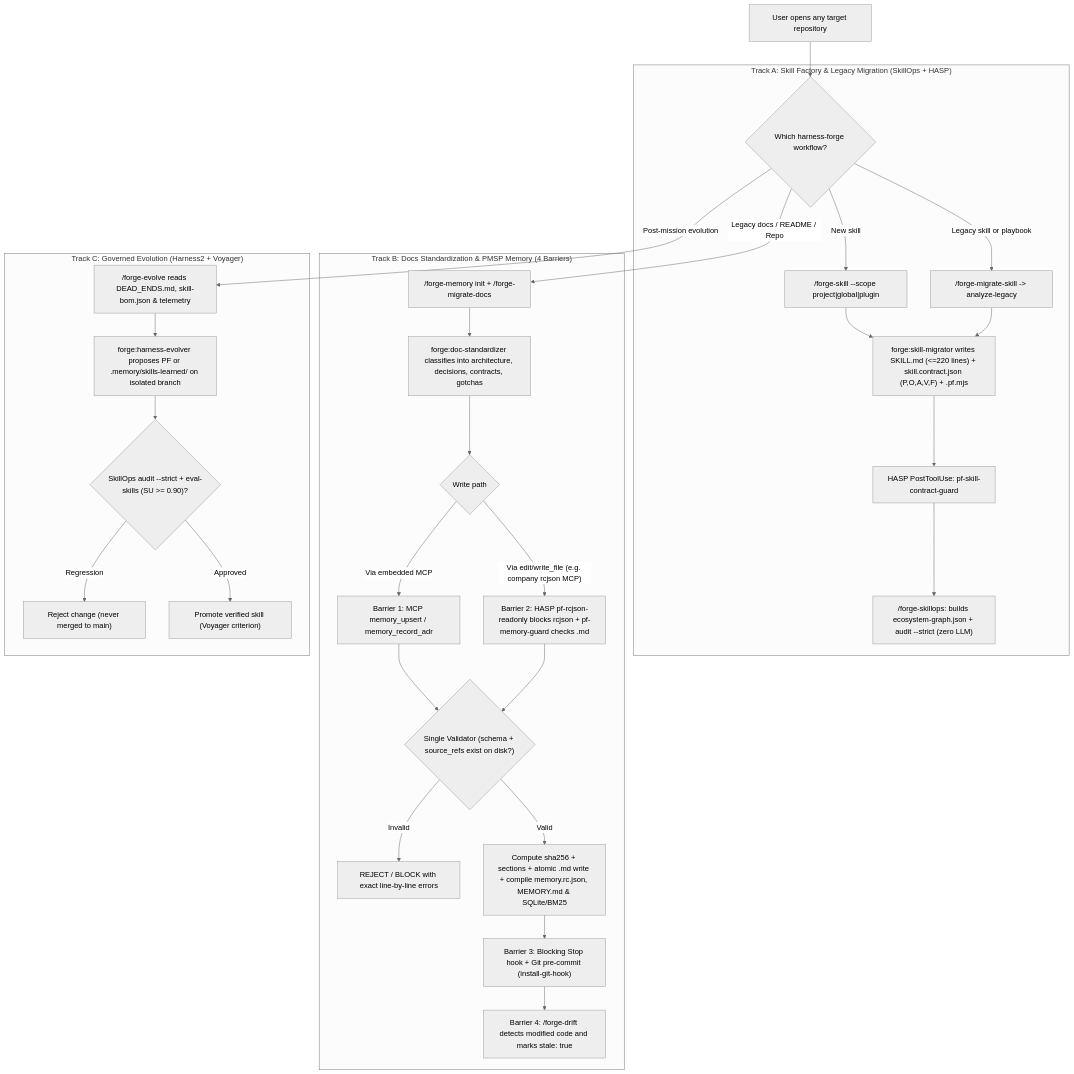
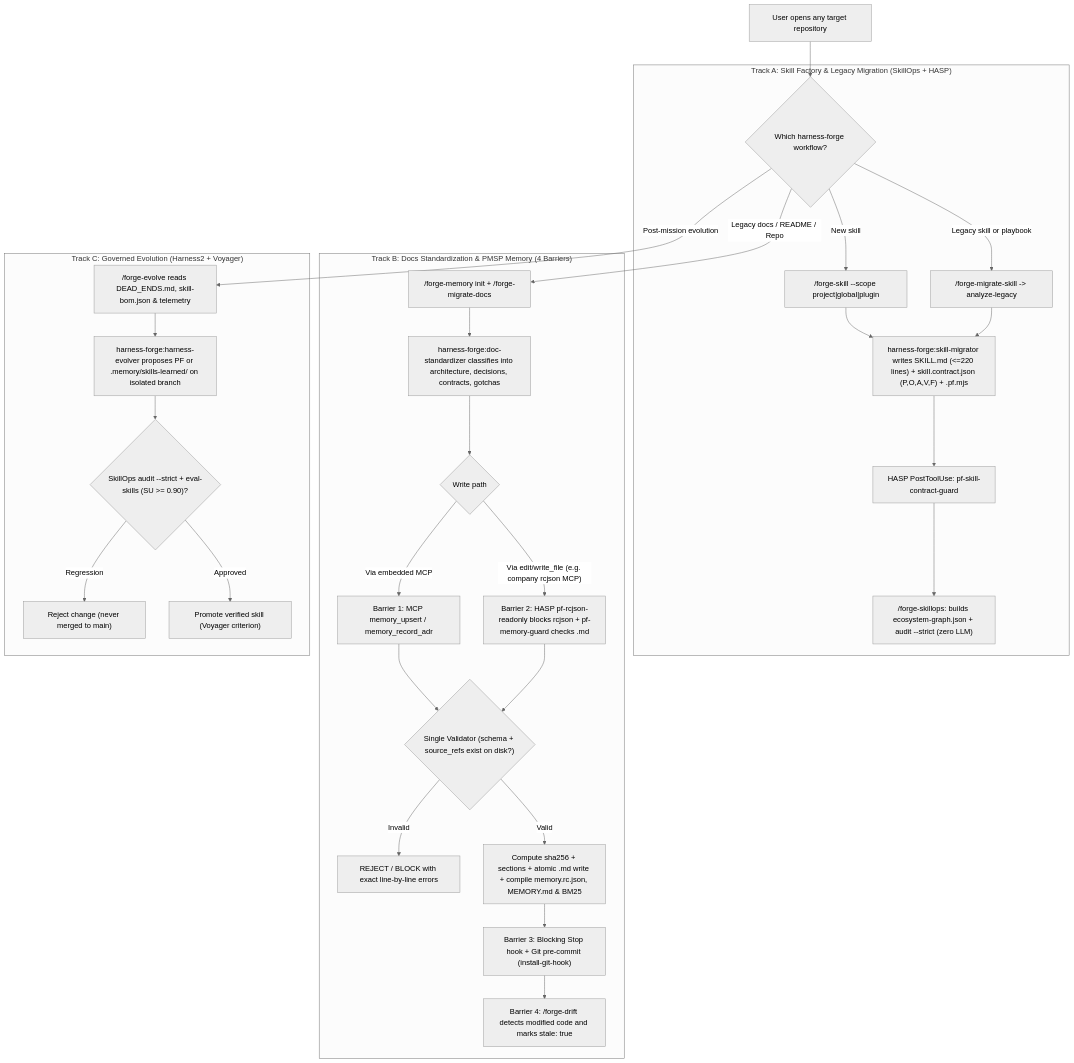
One commit to matheuslessing/team-work-plugin changed the third of 4 diagrams in README.md. Above: the diagram before and after it, drawn with Mermaid (neutral theme). The commit also changed other lines of this file and 9 other files, not shown here.

````diff
--- a/README.md
+++ b/README.md
@@ -108,35 +108,35 @@
 ```mermaid
 flowchart TD
     Start["User opens any target repository"] --> Choice{"Which harness-forge workflow?"}
 
     subgraph TrilhaA["Track A: Skill Factory & Legacy Migration (SkillOps + HASP)"]
         Choice -- "New skill" --> ForgeSkill["/forge-skill --scope project|global|plugin"]
         Choice -- "Legacy skill or playbook" --> MigSkill["/forge-migrate-skill -> analyze-legacy"]
-        ForgeSkill --> SkillWriter["forge:skill-migrator writes SKILL.md (<=220 lines) + skill.contract.json (P,O,A,V,F) + .pf.mjs"]
+        ForgeSkill --> SkillWriter["harness-forge:skill-migrator writes SKILL.md (<=220 lines) + skill.contract.json (P,O,A,V,F) + .pf.mjs"]
         MigSkill --> SkillWriter
         SkillWriter --> SkillGuard["HASP PostToolUse: pf-skill-contract-guard"]
         SkillGuard --> SkillOps["/forge-skillops: builds ecosystem-graph.json + audit --strict (zero LLM)"]
     end
 
     subgraph TrilhaB["Track B: Docs Standardization & PMSP Memory (4 Barriers)"]
         Choice -- "Legacy docs / README / Repo" --> MigDocs["/forge-memory init + /forge-migrate-docs"]
-        MigDocs --> DocAgent["forge:doc-standardizer classifies into architecture, decisions, contracts, gotchas"]
+        MigDocs --> DocAgent["harness-forge:doc-standardizer classifies into architecture, decisions, contracts, gotchas"]
         DocAgent --> WritePath{"Write path"}
         WritePath -- "Via embedded MCP" --> B1["Barrier 1: MCP memory_upsert / memory_record_adr"]
         WritePath -- "Via edit/write_file (e.g. company rcjson MCP)" --> B2["Barrier 2: HASP pf-rcjson-readonly blocks rcjson + pf-memory-guard checks .md"]
         B1 --> Val{"Single Validator (schema + source_refs exist on disk?)"}
         B2 --> Val
         Val -- "Invalid" --> Reject["REJECT / BLOCK with exact line-by-line errors"]
-        Val -- "Valid" --> Compile["Compute sha256 + sections + atomic .md write + compile memory.rc.json, MEMORY.md & SQLite/BM25"]
+        Val -- "Valid" --> Compile["Compute sha256 + sections + atomic .md write + compile memory.rc.json, MEMORY.md & BM25"]
         Compile --> B3["Barrier 3: Blocking Stop hook + Git pre-commit (install-git-hook)"]
         B3 --> B4["Barrier 4: /forge-drift detects modified code and marks stale: true"]
     end
 
     subgraph TrilhaC["Track C: Governed Evolution (Harness2 + Voyager)"]
         Choice -- "Post-mission evolution" --> Evolve["/forge-evolve reads DEAD_ENDS.md, skill-bom.json & telemetry"]
-        Evolve --> Evolver["forge:harness-evolver proposes PF or .memory/skills-learned/ on isolated branch"]
+        Evolve --> Evolver["harness-forge:harness-evolver proposes PF or .memory/skills-learned/ on isolated branch"]
         Evolver --> EvalGate{"SkillOps audit --strict + eval-skills (SU >= 0.90)?"}
         EvalGate -- "Regression" --> Drop["Reject change (never merged to main)"]
         EvalGate -- "Approved" --> Promote["Promote verified skill (Voyager criterion)"]
     end
 ```
````
